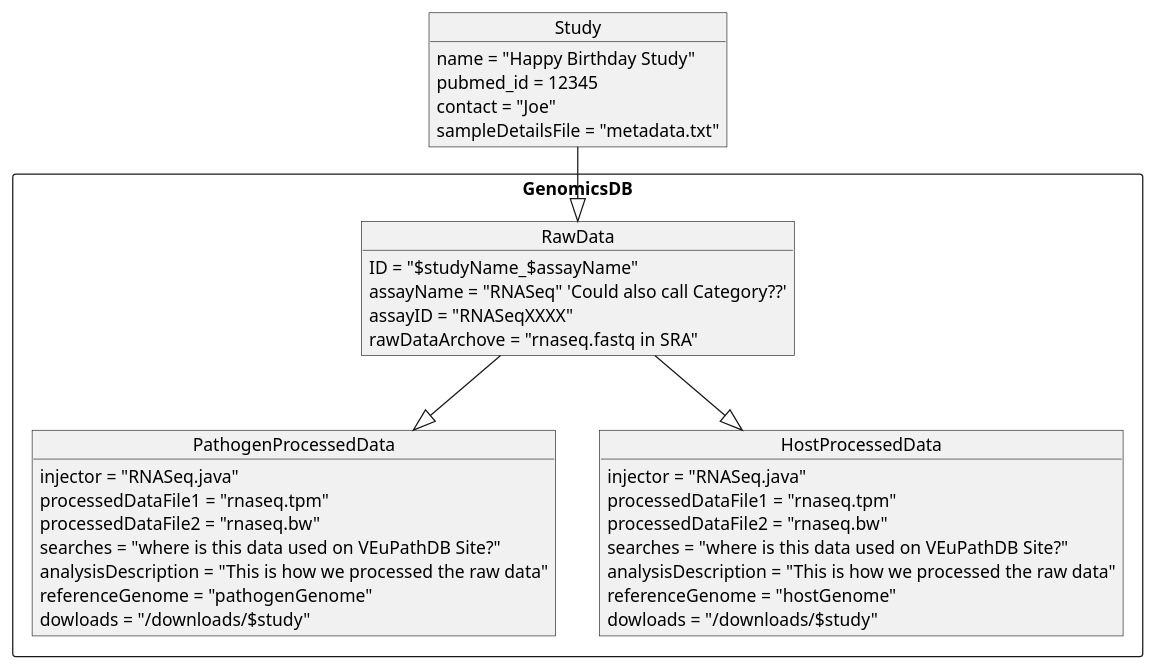
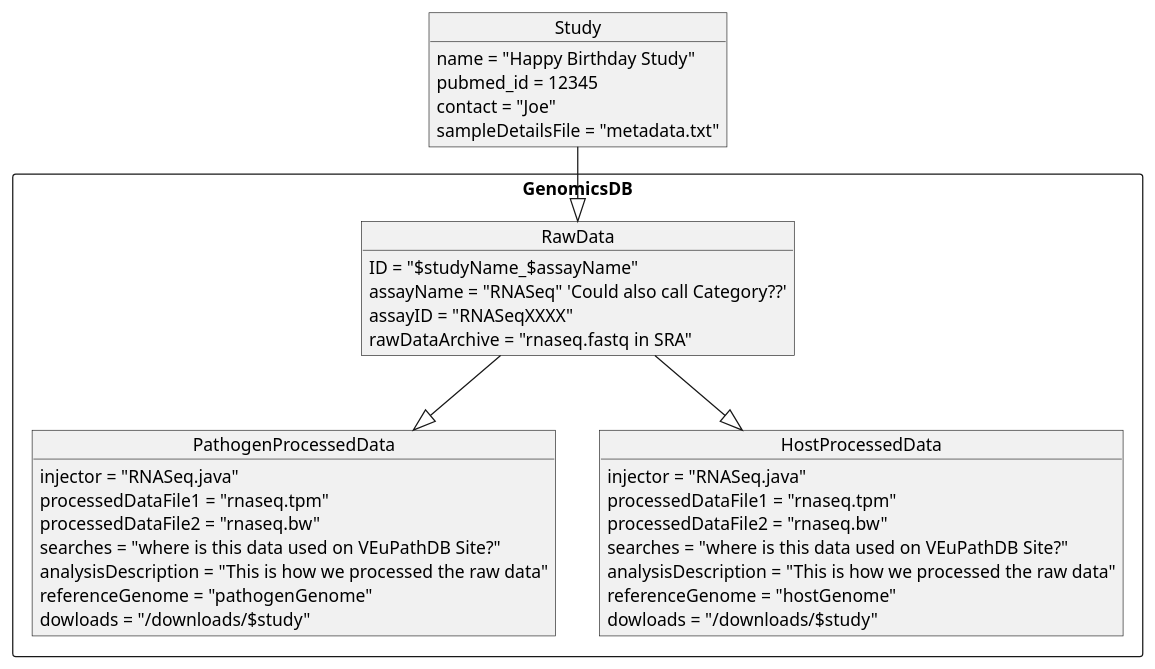
Before and after one commit to jbrestel/org-docs: the third of 9 diagrams in project_planning/projectPages.org, drawn with PlantUML. The commit also changed other lines of this file and 7 other files, not shown here.

```diff
--- a/project_planning/projectPages.org
+++ b/project_planning/projectPages.org
@@ -96,40 +96,40 @@
-#+begin_src plantuml :file images/host_pathogen_assays_uml.png :exports both
+#+begin_src plantuml :file images/host_pathogen_assays_uml.png :exports results
 object Study {
         name = "Happy Birthday Study"
         pubmed_id = 12345
         contact = "Joe"
         sampleDetailsFile = "metadata.txt"
 }
 rectangle GenomicsDB {
         object RawData {
                 ID = "$studyName_$assayName"
                 assayName = "RNASeq" 'Could also call Category??'
                 assayID = "RNASeqXXXX"
-                rawDataArchove = "rnaseq.fastq in SRA"
+                rawDataArchive = "rnaseq.fastq in SRA"
         }
         object PathogenProcessedData {
                 injector = "RNASeq.java"
                 processedDataFile1 = "rnaseq.tpm"
                 processedDataFile2 = "rnaseq.bw"
                 searches = "where is this data used on VEuPathDB Site?"
                 analysisDescription = "This is how we processed the raw data"
                 referenceGenome = "pathogenGenome"
                 dowloads = "/downloads/$study"
         }
 
         object HostProcessedData {
                 injector = "RNASeq.java"
                 processedDataFile1 = "rnaseq.tpm"
                 processedDataFile2 = "rnaseq.bw"
                 searches = "where is this data used on VEuPathDB Site?"
                 analysisDescription = "This is how we processed the raw data"
                 referenceGenome = "hostGenome"
                 dowloads = "/downloads/$study"
         }
 
     }
 
   Study --|> RawData
 RawData --|> PathogenProcessedData
 RawData --|> HostProcessedData
   #+end_src
```
